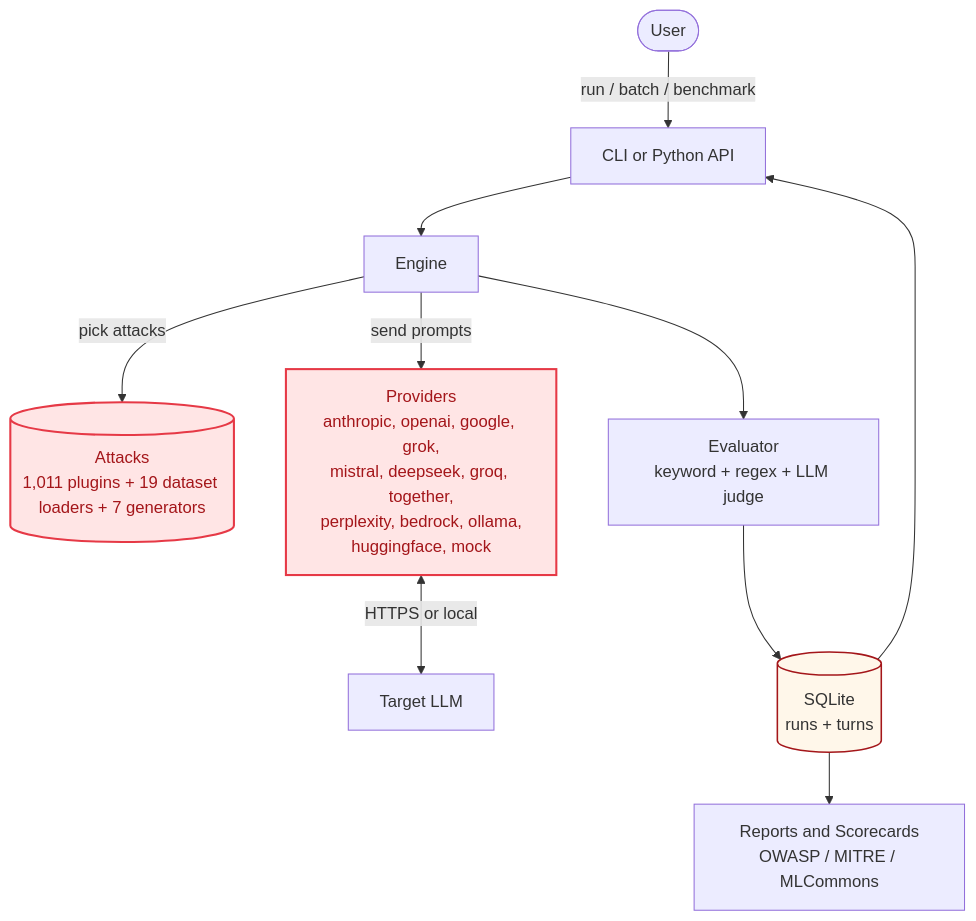
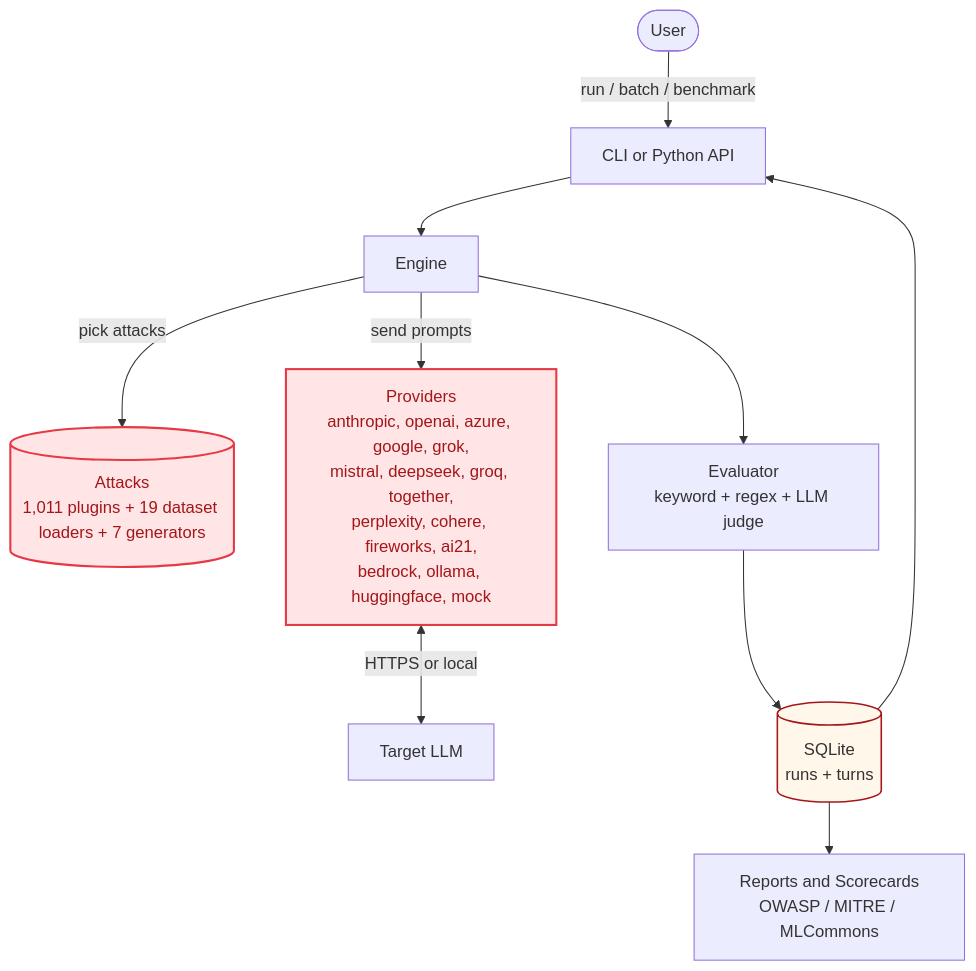
One commit to BILLKISHORE/ai-evals changed the first of 2 diagrams in docs/architecture/overview.mdx. Above: the diagram before and after it, drawn with Mermaid. The commit also changed other lines of this file and 7 other files, not shown here.

Commit message:
docs: add pages for cohere, fireworks, ai21, azure openai

````diff
--- a/docs/architecture/overview.mdx
+++ b/docs/architecture/overview.mdx
@@ -20,17 +20,17 @@
 ```mermaid
 flowchart TB
     User([User]) -->|run / batch / benchmark| CLI[CLI or Python API]
     CLI --> Engine[Engine]
     Engine -->|pick attacks| Attacks[(Attacks<br/>1,011 plugins + 19 dataset loaders + 7 generators)]
-    Engine -->|send prompts| Providers[Providers<br/>anthropic, openai, google, grok,<br/>mistral, deepseek, groq, together,<br/>perplexity, bedrock, ollama,<br/>huggingface, mock]
+    Engine -->|send prompts| Providers[Providers<br/>anthropic, openai, azure, google, grok,<br/>mistral, deepseek, groq, together,<br/>perplexity, cohere, fireworks, ai21,<br/>bedrock, ollama, huggingface, mock]
     Providers <-->|HTTPS or local| Model[Target LLM]
     Engine --> Evaluator[Evaluator<br/>keyword + regex + LLM judge]
     Evaluator --> Storage[(SQLite<br/>runs + turns)]
     Storage --> Reports[Reports and Scorecards<br/>OWASP / MITRE / MLCommons]
     Storage --> CLI
 
     classDef plugin fill:#FFE5E5,stroke:#E63946,stroke-width:2px,color:#A4161A
     classDef store fill:#FFF7EA,stroke:#A4161A,stroke-width:1.5px
     class Attacks,Providers plugin
     class Storage store
 ```
````
